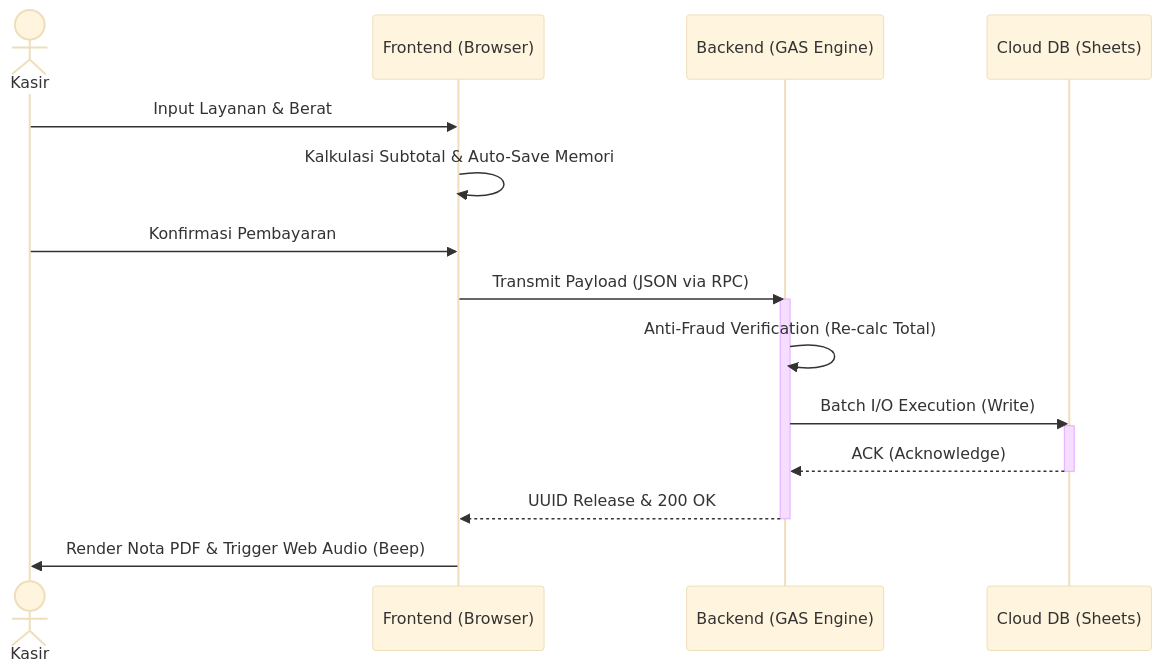
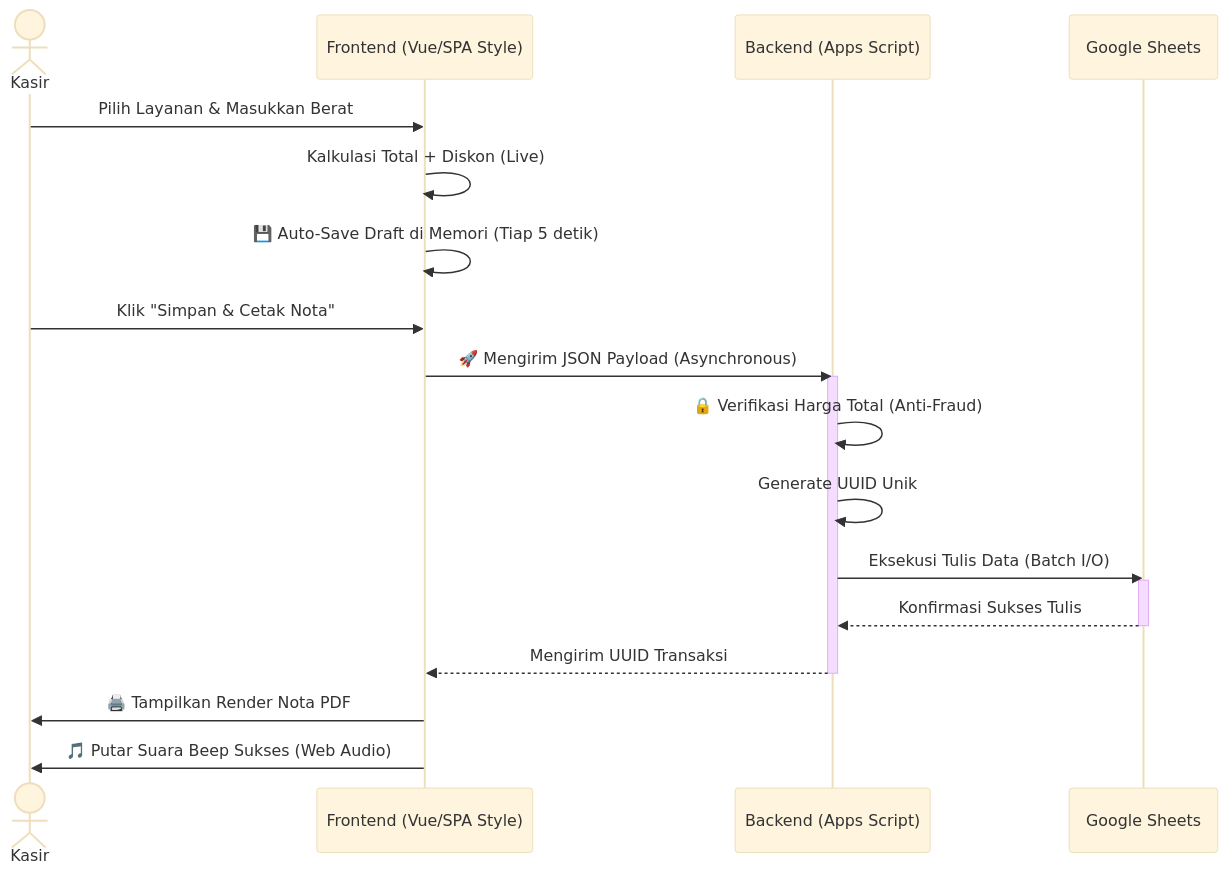
The fourth of 4 diagrams in PRESENTASI_KLIEN.md (nndda-rzn/app-script-mpti), drawn with Mermaid (base theme) before and after one commit. The commit also changed other lines of this file, not shown here.

Commit message:
Docs: Final extensive client presentation with 300+ lines detailed analysis, diagrams, and folder structure

````diff
--- a/PRESENTASI_KLIEN.md
+++ b/PRESENTASI_KLIEN.md
@@ -81,21 +188,24 @@
 ```mermaid
 sequenceDiagram
     actor Kasir
-    participant Client as Frontend (Browser)
-    participant Core as Backend (GAS Engine)
-    participant DB as Cloud DB (Sheets)
+    participant Client as Frontend (Vue/SPA Style)
+    participant Server as Backend (Apps Script)
+    participant DB as Google Sheets
 
-    Kasir->>Client: Input Layanan & Berat
-    Client->>Client: Kalkulasi Subtotal & Auto-Save Memori
-    Kasir->>Client: Konfirmasi Pembayaran
-    Client->>Core: Transmit Payload (JSON via RPC)
-    activate Core
-    Core->>Core: Anti-Fraud Verification (Re-calc Total)
-    Core->>DB: Batch I/O Execution (Write)
+    Kasir->>Client: Pilih Layanan & Masukkan Berat
+    Client->>Client: Kalkulasi Total + Diskon (Live)
+    Client->>Client: 💾 Auto-Save Draft di Memori (Tiap 5 detik)
+    Kasir->>Client: Klik "Simpan & Cetak Nota"
+    Client->>Server: 🚀 Mengirim JSON Payload (Asynchronous)
+    activate Server
+    Server->>Server: 🔒 Verifikasi Harga Total (Anti-Fraud)
+    Server->>Server: Generate UUID Unik
+    Server->>DB: Eksekusi Tulis Data (Batch I/O)
     activate DB
-    DB-->>Core: ACK (Acknowledge)
+    DB-->>Server: Konfirmasi Sukses Tulis
     deactivate DB
-    Core-->>Client: UUID Release & 200 OK
-    deactivate Core
-    Client->>Kasir: Render Nota PDF & Trigger Web Audio (Beep)
+    Server-->>Client: Mengirim UUID Transaksi
+    deactivate Server
+    Client->>Kasir: 🖨️ Tampilkan Render Nota PDF
+    Client->>Kasir: 🎵 Putar Suara Beep Sukses (Web Audio)
 ```
````
